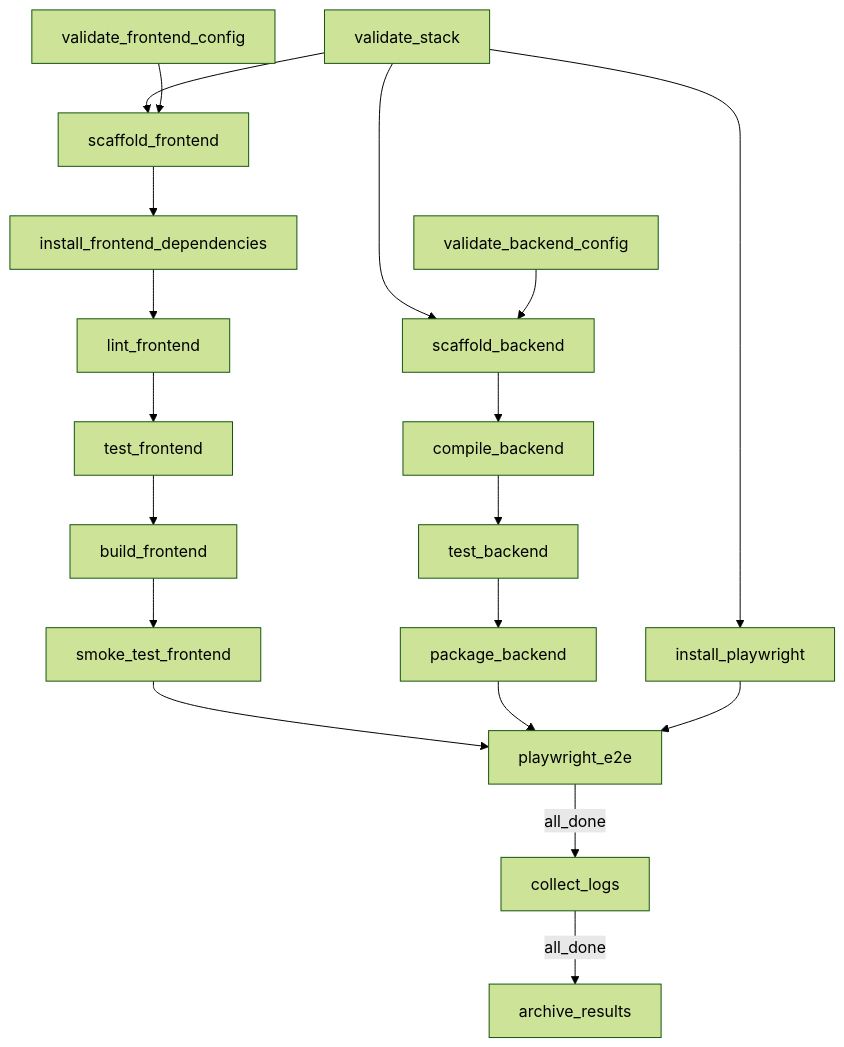
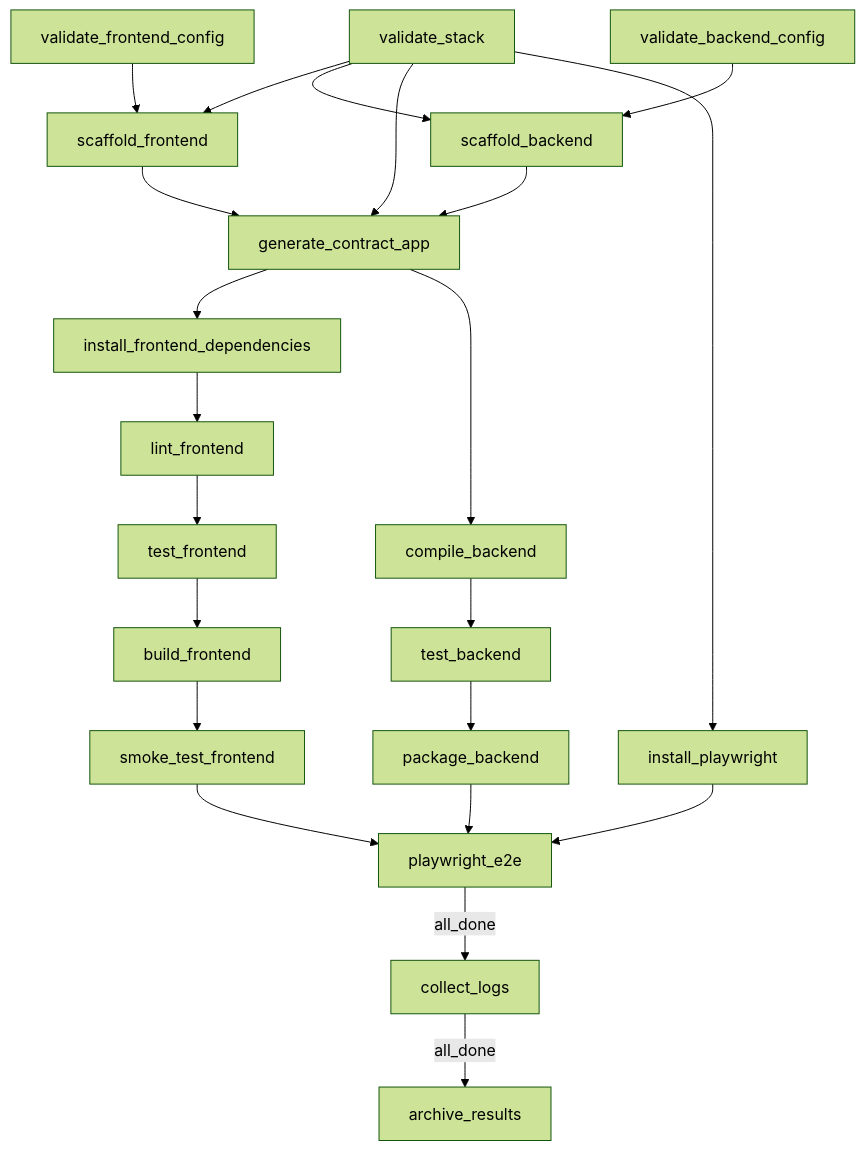
Before and after one commit to ako74programmer/poc-cronova-windows: the diagram in docs/SDLC_FULLSTACK_TECHNICAL.md, drawn with Mermaid (forest theme). The commit also changed other lines of this file and 7 other files, not shown here.

Commit message:
feat(sdlc): generate contract-driven item CRUD stack

````diff
--- a/docs/SDLC_FULLSTACK_TECHNICAL.md
+++ b/docs/SDLC_FULLSTACK_TECHNICAL.md
@@ -41,21 +41,24 @@
 ```mermaid
 flowchart TD
   VS[validate_stack] --> SF[scaffold_frontend]
   VF[validate_frontend_config] --> SF
   VS --> SB[scaffold_backend]
   VB[validate_backend_config] --> SB
-  SF --> IF[install_frontend_dependencies]
+  SF --> GEN[generate_contract_app]
+  SB --> GEN
+  VS --> GEN
+  GEN --> IF[install_frontend_dependencies]
   IF --> LF[lint_frontend]
   LF --> TF[test_frontend]
   TF --> BF[build_frontend]
   BF --> SM[smoke_test_frontend]
-  SB --> CB[compile_backend]
+  GEN --> CB[compile_backend]
   CB --> TB[test_backend]
   TB --> PB[package_backend]
   VS --> IP[install_playwright]
   SM --> E2E[playwright_e2e]
   PB --> E2E
   IP --> E2E
   E2E -->|all_done| CL[collect_logs]
   CL -->|all_done| AR[archive_results]
 ```
````
